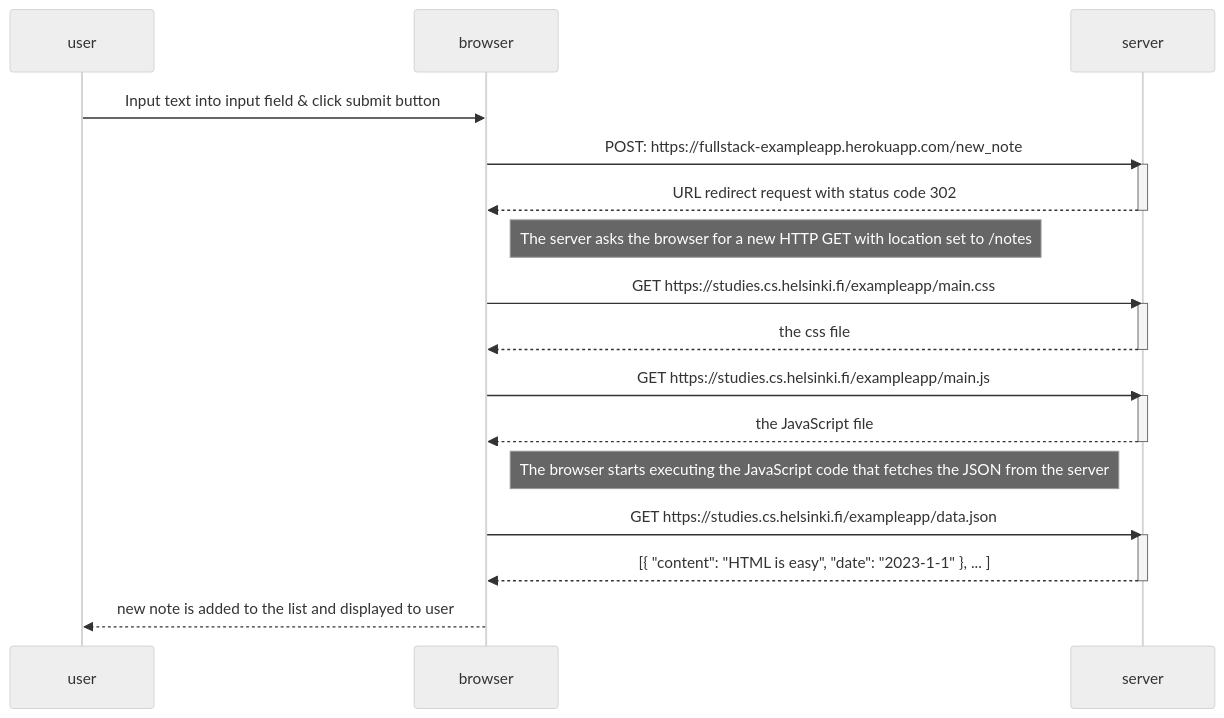
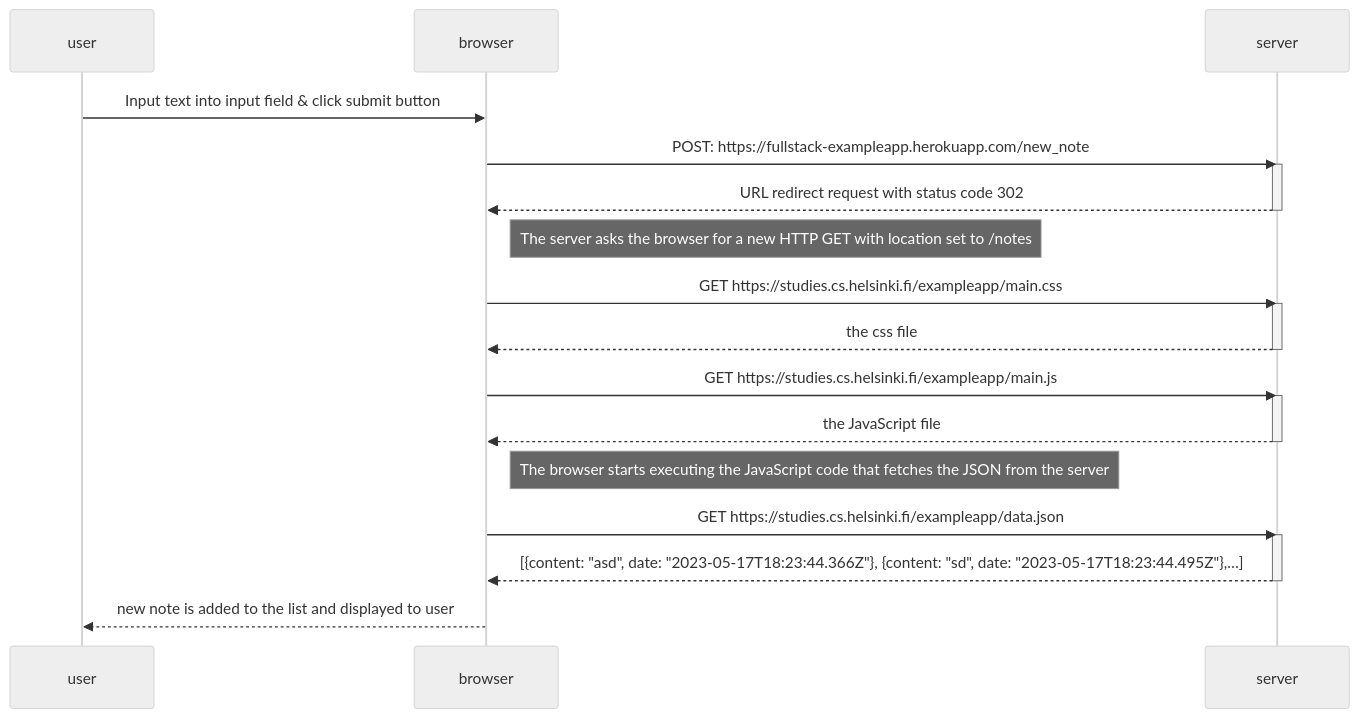
The diagram in part0/ex4.md (hyohyo814/full-stack-open-sub), drawn with Mermaid (neutral theme) before and after one commit.

Commit message:
Revision to json GET request and preview info

````diff
--- a/part0/ex4.md
+++ b/part0/ex4.md
@@ -3,34 +3,34 @@
 ```mermaid
 sequenceDiagram
     participant user
     participant browser
     participant server
 
     user->>browser: Input text into input field & click submit button
     browser->>server: POST: https://fullstack-exampleapp.herokuapp.com/new_note
     activate server
     server-->> browser: URL redirect request with status code 302
     deactivate server
 
     Note right of browser: The server asks the browser for a new HTTP GET with location set to /notes
 
     browser->>server: GET https://studies.cs.helsinki.fi/exampleapp/main.css
     activate server
     server-->>browser: the css file
     deactivate server
 
     browser->>server: GET https://studies.cs.helsinki.fi/exampleapp/main.js
     activate server
     server-->>browser: the JavaScript file
     deactivate server
 
     Note right of browser: The browser starts executing the JavaScript code that fetches the JSON from the server
 
     browser->>server: GET https://studies.cs.helsinki.fi/exampleapp/data.json
     activate server
-    server-->>browser: [{ "content": "HTML is easy", "date": "2023-1-1" }, ... ]
+    server-->>browser: [{content: "asd", date: "2023-05-17T18:23:44.366Z"}, {content: "sd", date: "2023-05-17T18:23:44.495Z"},…]
     deactivate server
 
     browser-->>user: new note is added to the list and displayed to user
 
 ```
````
